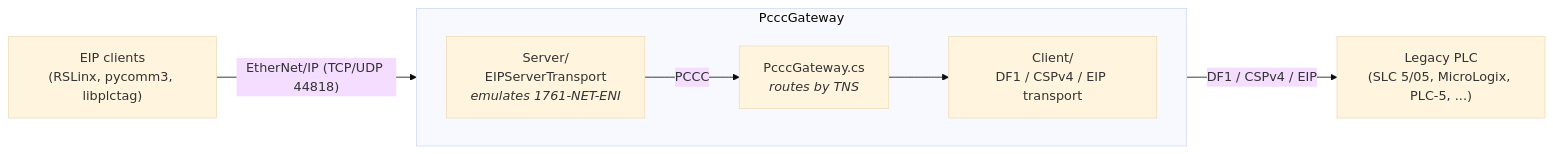
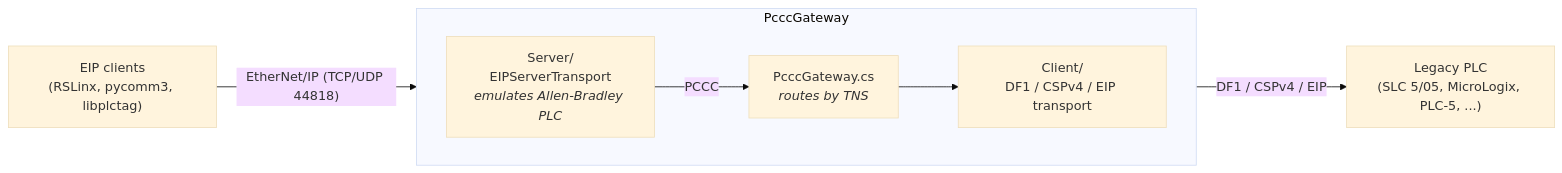
One commit to kumajaya/PcccGateway changed the diagram in README.md. Above: the diagram before and after it, drawn with Mermaid (base theme). The commit also changed other lines of this file and 1 other file, not shown here.

````diff
--- a/README.md
+++ b/README.md
@@ -24,17 +22,17 @@
 ```mermaid
 flowchart LR
     clients["EIP clients<br/>(RSLinx, pycomm3, libplctag)"]
 
     subgraph gw["PcccGateway"]
         direction LR
-        server["Server/<br/>EIPServerTransport<br/><i>emulates 1761-NET-ENI</i>"]
+        server["Server/<br/>EIPServerTransport<br/><i>emulates Allen-Bradley PLC</i>"]
         core["PcccGateway.cs<br/><i>routes by TNS</i>"]
         client["Client/<br/>DF1 / CSPv4 / EIP transport"]
         server -- PCCC --> core --> client
     end
 
     plc["Legacy PLC<br/>(SLC 5/05, MicroLogix, PLC-5, ...)"]
 
     clients -- "EtherNet/IP (TCP/UDP 44818)" --> server
     client -- "DF1 / CSPv4 / EIP" --> plc
 ```
````
